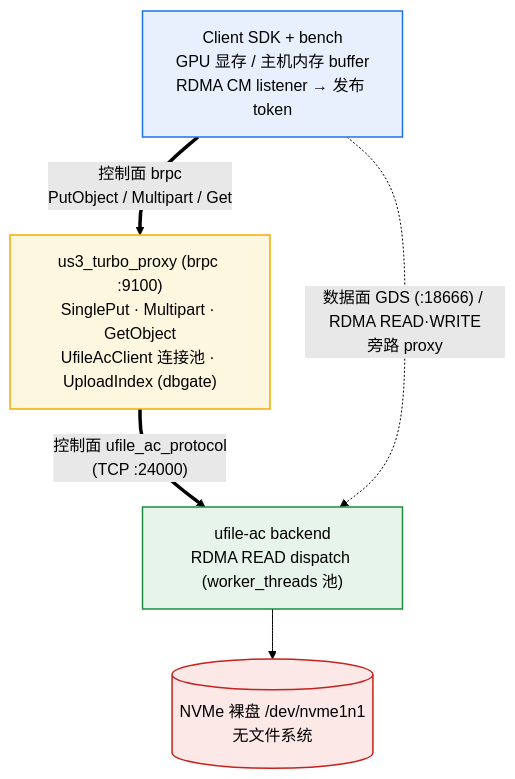
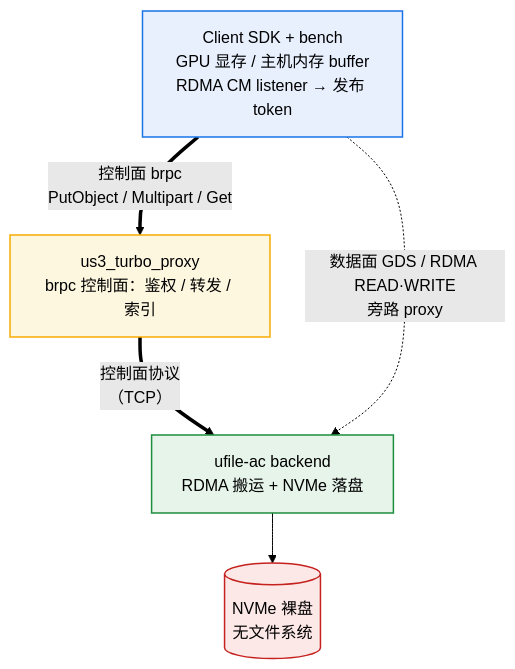
The first of 3 diagrams in docs/PROJECT_OVERVIEW.md (Starlight15/Us3Turbo), drawn with Mermaid (forest theme) before and after one commit. The commit also changed other lines of this file, not shown here.

First line of the commit message:
docs: 系统架构图去除裸端口号与内部模块名

````diff
--- a/docs/PROJECT_OVERVIEW.md
+++ b/docs/PROJECT_OVERVIEW.md
@@ -53,21 +53,21 @@
 ```mermaid
 flowchart TB
   CL["Client SDK + bench<br/>GPU 显存 / 主机内存 buffer<br/>RDMA CM listener → 发布 token"]
-  PX["us3_turbo_proxy (brpc :9100)<br/>SinglePut · Multipart · GetObject<br/>UfileAcClient 连接池 · UploadIndex (dbgate)"]
-  DISP["ufile-ac backend<br/>RDMA READ dispatch (worker_threads 池)"]
-  NVMe[("NVMe 裸盘 /dev/nvme1n1<br/>无文件系统")]
+  PX["us3_turbo_proxy<br/>brpc 控制面：鉴权 / 转发 / 索引"]
+  DISP["ufile-ac backend<br/>RDMA 搬运 + NVMe 落盘"]
+  NVMe[("NVMe 裸盘<br/>无文件系统")]
 
   CL ==>|"控制面 brpc<br/>PutObject / Multipart / Get"| PX
-  PX ==>|"控制面 ufile_ac_protocol<br/>(TCP :24000)"| DISP
-  CL -.->|"数据面 GDS (:18666) / RDMA READ·WRITE<br/>旁路 proxy"| DISP
+  PX ==>|"控制面协议<br/>（TCP）"| DISP
+  CL -.->|"数据面 GDS / RDMA READ·WRITE<br/>旁路 proxy"| DISP
   DISP --> NVMe
 
   classDef client fill:#e8f0fe,stroke:#1a73e8,stroke-width:1.5px
   classDef proxy  fill:#fef7e0,stroke:#f9ab00,stroke-width:1.5px
   classDef back   fill:#e6f4ea,stroke:#1e8e3e,stroke-width:1.5px
   classDef disk   fill:#fce8e6,stroke:#c5221f,stroke-width:1.5px
   class CL client
   class PX proxy
   class DISP back
   class NVMe disk
 ```
````
